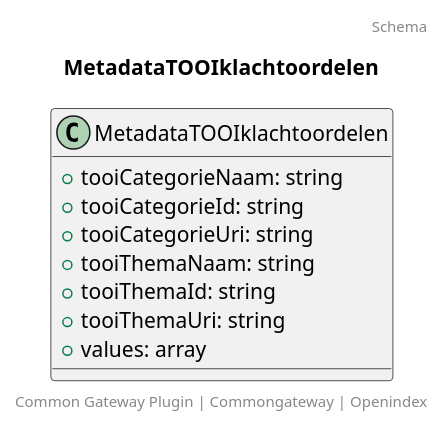
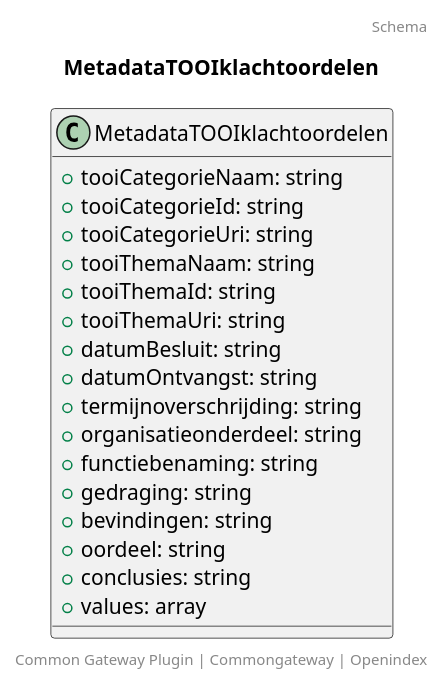
Before and after one commit to CommonGateway/OpenIndex: the diagram in docs/schema/metadata.tooi_klachtoordelen.puml, drawn with PlantUML. The commit also changed 6 other files, not shown here.

```diff
--- a/docs/schema/metadata.tooi_klachtoordelen.puml
+++ b/docs/schema/metadata.tooi_klachtoordelen.puml
@@ -1,15 +1,24 @@
 @startuml
 title: MetadataTOOIklachtoordelen
 footer: Common Gateway Plugin | Commongateway | Openindex 
 header: Schema
 
 class MetadataTOOIklachtoordelen {
   + tooiCategorieNaam: string
   + tooiCategorieId: string
   + tooiCategorieUri: string
   + tooiThemaNaam: string
   + tooiThemaId: string
   + tooiThemaUri: string
+  + datumBesluit: string
+  + datumOntvangst: string
+  + termijnoverschrijding: string
+  + organisatieonderdeel: string
+  + functiebenaming: string
+  + gedraging: string
+  + bevindingen: string
+  + oordeel: string
+  + conclusies: string
   + values: array
 }
 @enduml
```
